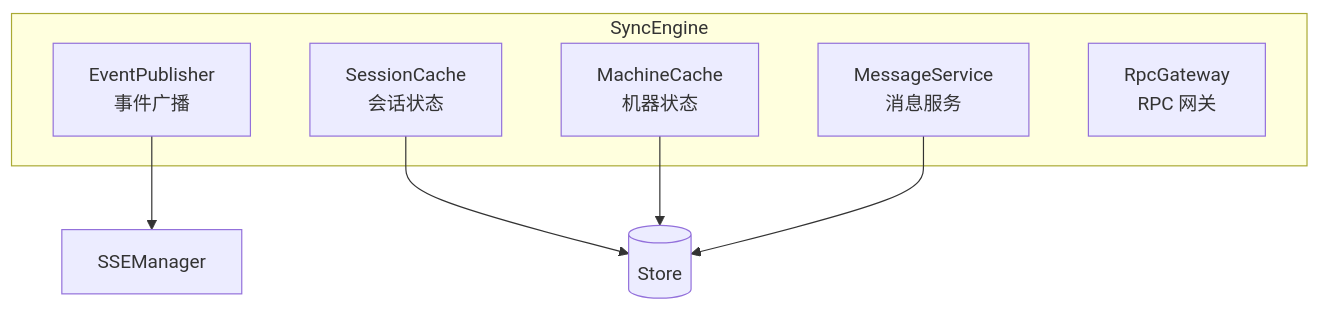
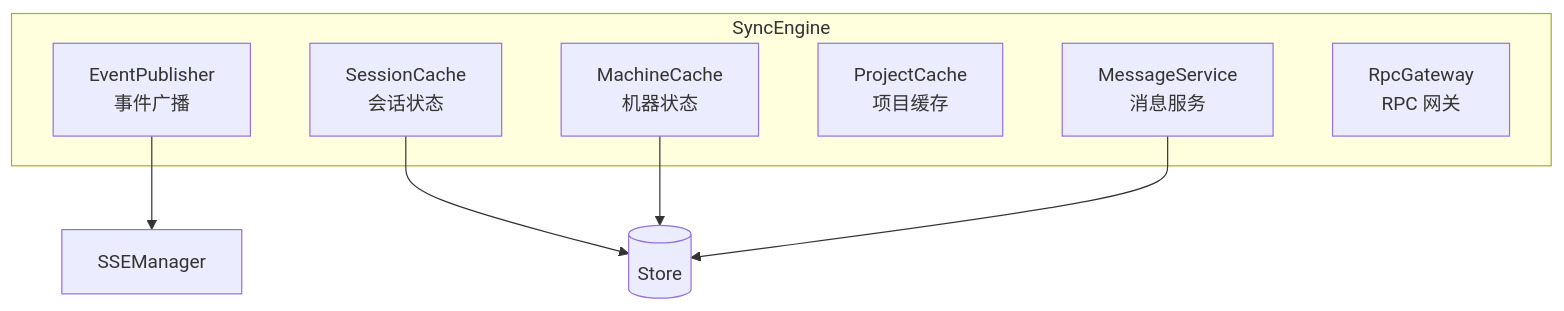
One commit to ModuBit/mobi changed the fourth of 8 diagrams in docs/architecture/hub/sync/README.md. Above: the diagram before and after it, drawn with Mermaid. The commit also changed other lines of this file and 17 other files, not shown here.

````diff
--- a/docs/architecture/hub/sync/README.md
+++ b/docs/architecture/hub/sync/README.md
@@ -46,15 +46,16 @@
 ```mermaid
 graph TB
     subgraph SyncEngine
         EP[EventPublisher<br/>事件广播]
         SC[SessionCache<br/>会话状态]
         MC[MachineCache<br/>机器状态]
+        PC[ProjectCache<br/>项目缓存]
         MS[MessageService<br/>消息服务]
         RG[RpcGateway<br/>RPC 网关]
     end
 
     EP --> SSE[SSEManager]
     SC --> Store[(Store)]
     MC --> Store
     MS --> Store
 ```
````
